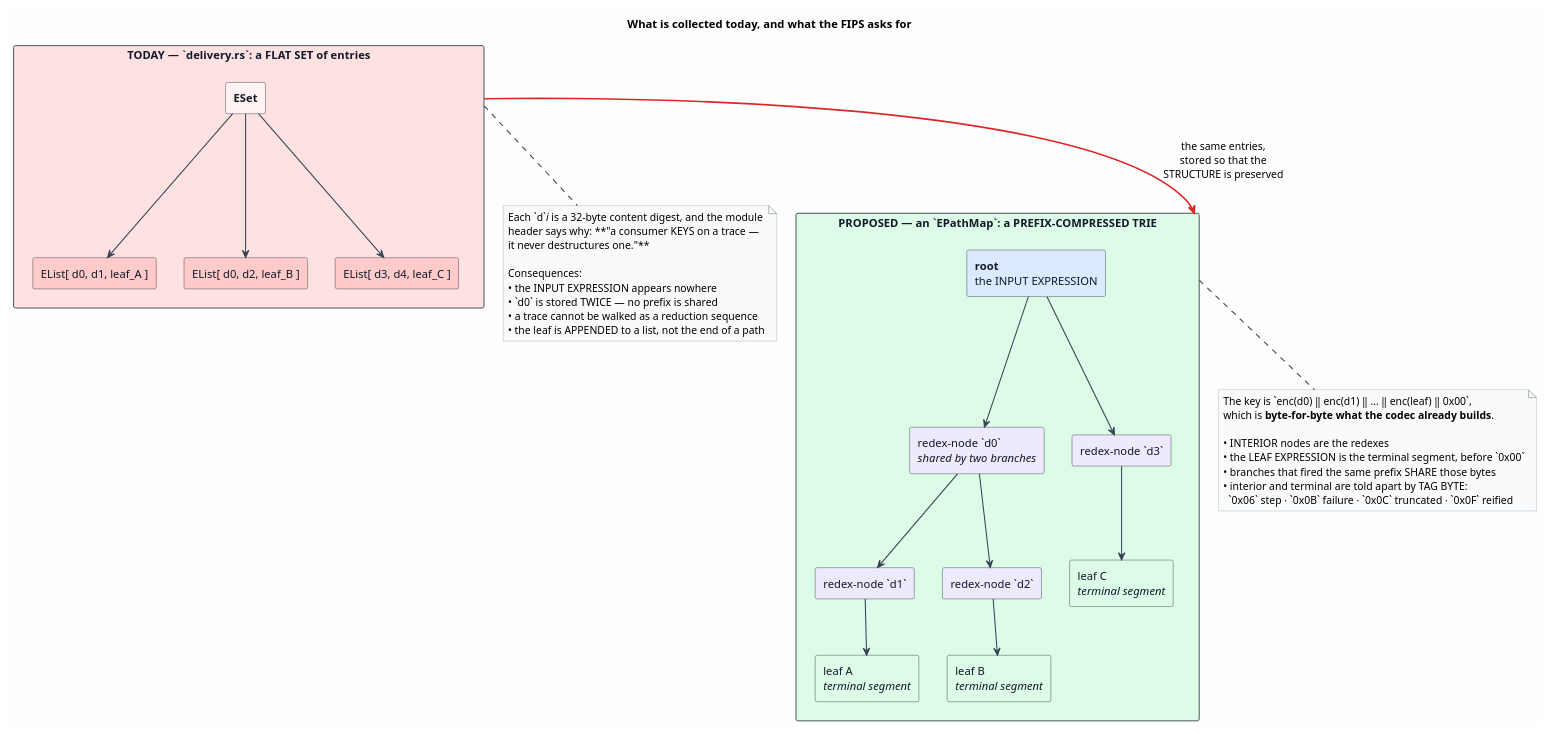
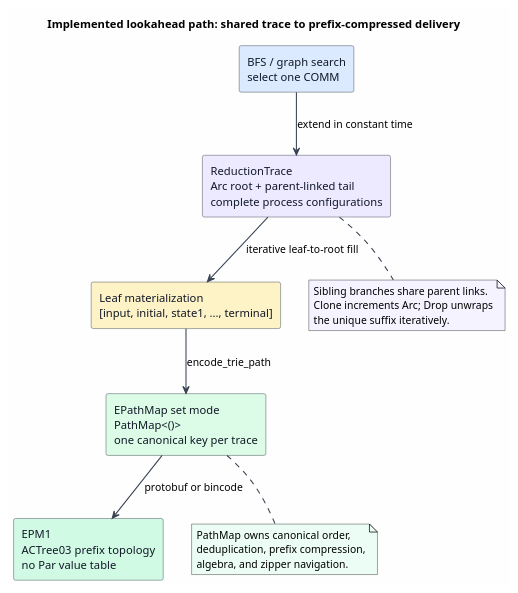
One commit to F1R3FLY-io/mettail-rust changed the diagram in docs/design/exploring/figures/lookahead-trace-shape.puml. Above: the diagram before and after it, drawn with PlantUML. The commit also changed 23 other files, not shown here.

Commit message:
docs(languages): complete suite and refresh PathMap reports

```diff
--- a/docs/design/exploring/figures/lookahead-trace-shape.puml
+++ b/docs/design/exploring/figures/lookahead-trace-shape.puml
@@ -1,71 +1,35 @@
 @startuml
-title What is collected today, and what the FIPS asks for
+title Implemented lookahead path: shared trace to prefix-compressed delivery
 
 skinparam backgroundColor #FEFEFE
 skinparam shadowing false
 skinparam ArrowColor #374151
 skinparam ArrowThickness 1.3
 skinparam rectangle {
   BorderColor #1F2937
   FontColor #111827
 }
-skinparam note {
-  BackgroundColor #F9FAFB
-  BorderColor #9CA3AF
-}
 
-rectangle "TODAY — `delivery.rs`: a FLAT SET of entries" as NOW #FEE2E2 {
-  rectangle "**ESet**" as NOWSET #FEF2F2
-  rectangle "EList[ d0, d1, leaf_A ]" as E1 #FECACA
-  rectangle "EList[ d0, d2, leaf_B ]" as E2 #FECACA
-  rectangle "EList[ d3, d4, leaf_C ]" as E3 #FECACA
-  NOWSET --> E1
-  NOWSET --> E2
-  NOWSET --> E3
-}
+rectangle "BFS / graph search\nselect one COMM" as Search #DBEAFE
+rectangle "ReductionTrace\nArc root + parent-linked tail\ncomplete process configurations" as Trace #EDE9FE
+rectangle "Leaf materialization\n[input, initial, state1, ..., terminal]" as Entry #FEF3C7
+rectangle "EPathMap set mode\nPathMap<()>\none canonical key per trace" as Trie #DCFCE7
+rectangle "EPM1\nACTree03 prefix topology\nno Par value table" as Wire #D1FAE5
 
-note bottom of NOW
-  Each `d`<i>i</i> is a 32-byte content digest, and the module
-  header says why: **"a consumer KEYS on a trace —
-  it never destructures one."**
+Search --> Trace : extend in constant time
+Trace --> Entry : iterative leaf-to-root fill
+Entry --> Trie : encode_trie_path
+Trie --> Wire : protobuf or bincode
 
-  Consequences:
-  • the INPUT EXPRESSION appears nowhere
-  • `d0` is stored TWICE — no prefix is shared
-  • a trace cannot be walked as a reduction sequence
-  • the leaf is APPENDED to a list, not the end of a path
+note bottom of Trace #F5F3FF
+  Sibling branches share parent links.
+  Clone increments Arc; Drop unwraps
+  the unique suffix iteratively.
 end note
 
-rectangle "PROPOSED — an `EPathMap`: a PREFIX-COMPRESSED TRIE" as NEW #DCFCE7 {
-  rectangle "**root**\nthe INPUT EXPRESSION" as ROOT #DBEAFE
-  rectangle "redex-node `d0`\n<i>shared by two branches</i>" as D0 #EDE9FE
-  rectangle "redex-node `d1`" as D1 #EDE9FE
-  rectangle "redex-node `d2`" as D2 #EDE9FE
-  rectangle "redex-node `d3`" as D3 #EDE9FE
-  rectangle "leaf A\n<i>terminal segment</i>" as LA #DCFCE7
-  rectangle "leaf B\n<i>terminal segment</i>" as LB #DCFCE7
-  rectangle "leaf C\n<i>terminal segment</i>" as LC #DCFCE7
-
-  ROOT --> D0
-  ROOT --> D3
-  D0   --> D1
-  D0   --> D2
-  D1   --> LA
-  D2   --> LB
-  D3   --> LC
-}
-
-note bottom of NEW
-  The key is `enc(d0) ‖ enc(d1) ‖ … ‖ enc(leaf) ‖ 0x00`,
-  which is **byte-for-byte what the codec already builds**.
-
-  • INTERIOR nodes are the redexes
-  • the LEAF EXPRESSION is the terminal segment, before `0x00`
-  • branches that fired the same prefix SHARE those bytes
-  • interior and terminal are told apart by TAG BYTE:
-    `0x06` step · `0x0B` failure · `0x0C` truncated · `0x0F` reified
+note bottom of Trie #ECFDF5
+  PathMap owns canonical order,
+  deduplication, prefix compression,
+  algebra, and zipper navigation.
 end note
-
-NOW -[#DC2626,thickness=2]-> NEW : the same entries,\nstored so that the\nSTRUCTURE is preserved
-
 @enduml
```
